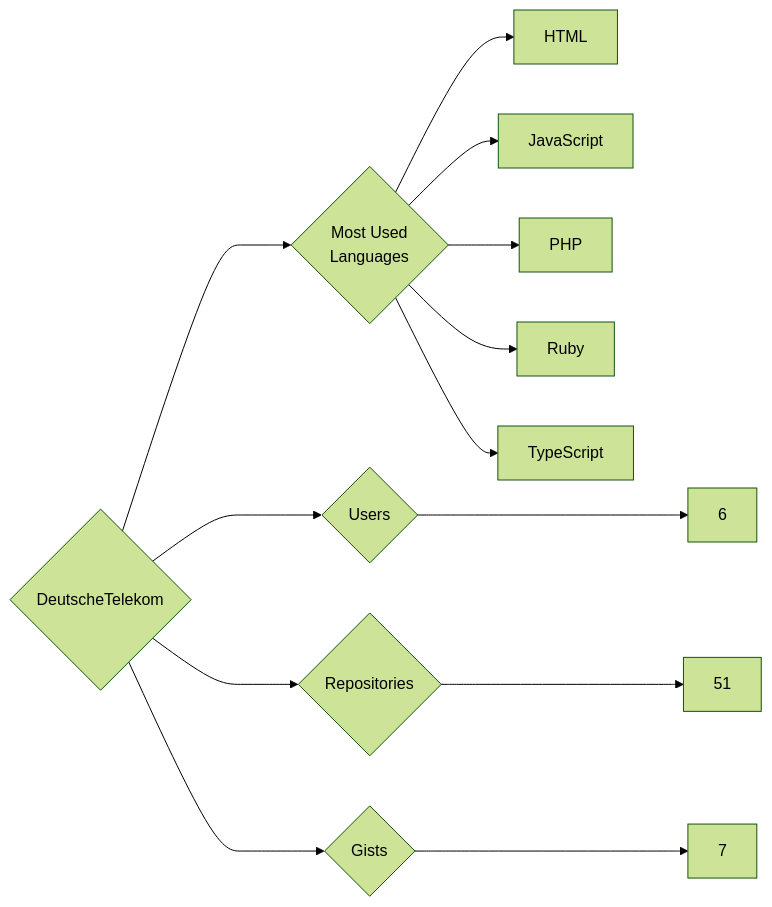
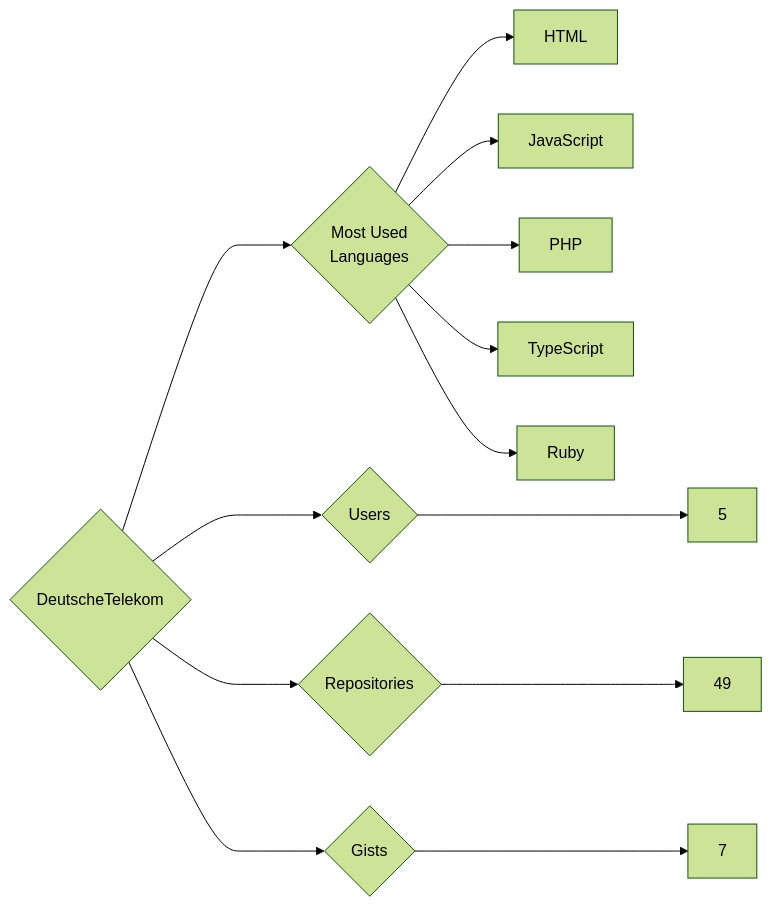
One commit to trickest/insiders changed the diagram in targets/DeutscheTelekom/README.md. Above: the diagram before and after it, drawn with Mermaid (forest theme). The commit also changed 1195 other files, not shown here.

````diff
--- a/targets/DeutscheTelekom/README.md
+++ b/targets/DeutscheTelekom/README.md
@@ -3,13 +3,13 @@
 ```mermaid
 graph LR
 COMPANY_NAME{DeutscheTelekom}
-COMPANY_NAME ---> U{Users} ---> UN[6]
-COMPANY_NAME ---> R{Repositories} ---> RN[51]
+COMPANY_NAME ---> U{Users} ---> UN[5]
+COMPANY_NAME ---> R{Repositories} ---> RN[49]
 COMPANY_NAME ---> G{Gists} ---> GN[7]
 COMPANY_NAME ---> ML{Most Used<br>Languages}
 ML --> HTML[HTML]
 ML --> JavaScript[JavaScript]
 ML --> PHP[PHP]
+ML --> TypeScript[TypeScript]
 ML --> Ruby[Ruby]
-ML --> TypeScript[TypeScript]
 ```
````
